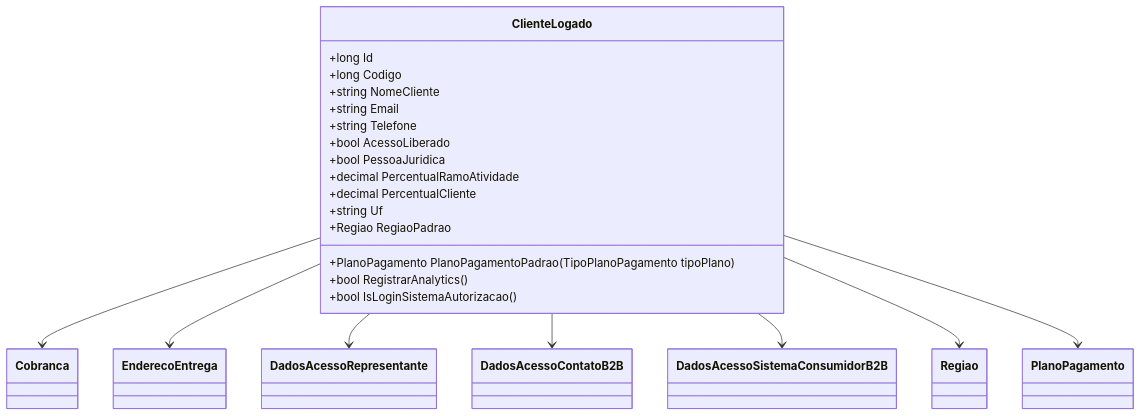
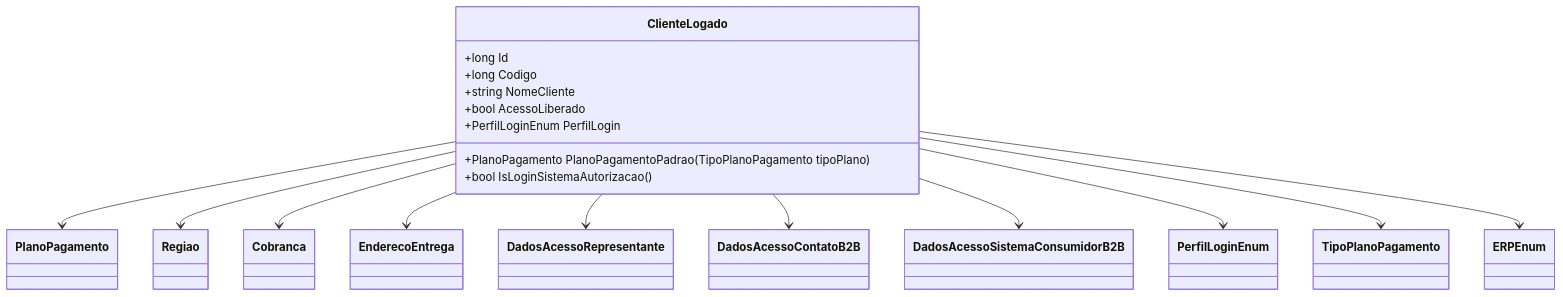
The second of 2 diagrams in docs/b2b-dominio/IsthmusWinthor.Nucleo/IsthmusWinthor.Dominio/POCO/ClienteLogado.md (IsthmusSistemas/documentacao-tecnica), drawn with Mermaid before and after one commit. The commit also changed other lines of this file and 882 other files, not shown here.

````diff
--- a/docs/b2b-dominio/IsthmusWinthor.Nucleo/IsthmusWinthor.Dominio/POCO/ClienteLogado.md
+++ b/docs/b2b-dominio/IsthmusWinthor.Nucleo/IsthmusWinthor.Dominio/POCO/ClienteLogado.md
@@ -62,34 +72,31 @@
 ```mermaid
 classDiagram
     class ClienteLogado {
         +long Id
         +long Codigo
         +string NomeCliente
-        +string Email
-        +string Telefone
         +bool AcessoLiberado
-        +bool PessoaJuridica
-        +decimal PercentualRamoAtividade
-        +decimal PercentualCliente
-        +string Uf
-        +Regiao RegiaoPadrao
+        +PerfilLoginEnum PerfilLogin
         +PlanoPagamento PlanoPagamentoPadrao(TipoPlanoPagamento tipoPlano)
-        +bool RegistrarAnalytics()
         +bool IsLoginSistemaAutorizacao()
     }
+    
+    class PlanoPagamento
+    class Regiao
     class Cobranca
     class EnderecoEntrega
     class DadosAcessoRepresentante
     class DadosAcessoContatoB2B
     class DadosAcessoSistemaConsumidorB2B
-    class Regiao
-    class PlanoPagamento
-    
+
+    ClienteLogado --> PlanoPagamento
+    ClienteLogado --> Regiao
     ClienteLogado --> Cobranca
     ClienteLogado --> EnderecoEntrega
     ClienteLogado --> DadosAcessoRepresentante
     ClienteLogado --> DadosAcessoContatoB2B
     ClienteLogado --> DadosAcessoSistemaConsumidorB2B
-    ClienteLogado --> Regiao
-    ClienteLogado --> PlanoPagamento
+    ClienteLogado --> PerfilLoginEnum
+    ClienteLogado --> TipoPlanoPagamento
+    ClienteLogado --> ERPEnum
 ```
````
